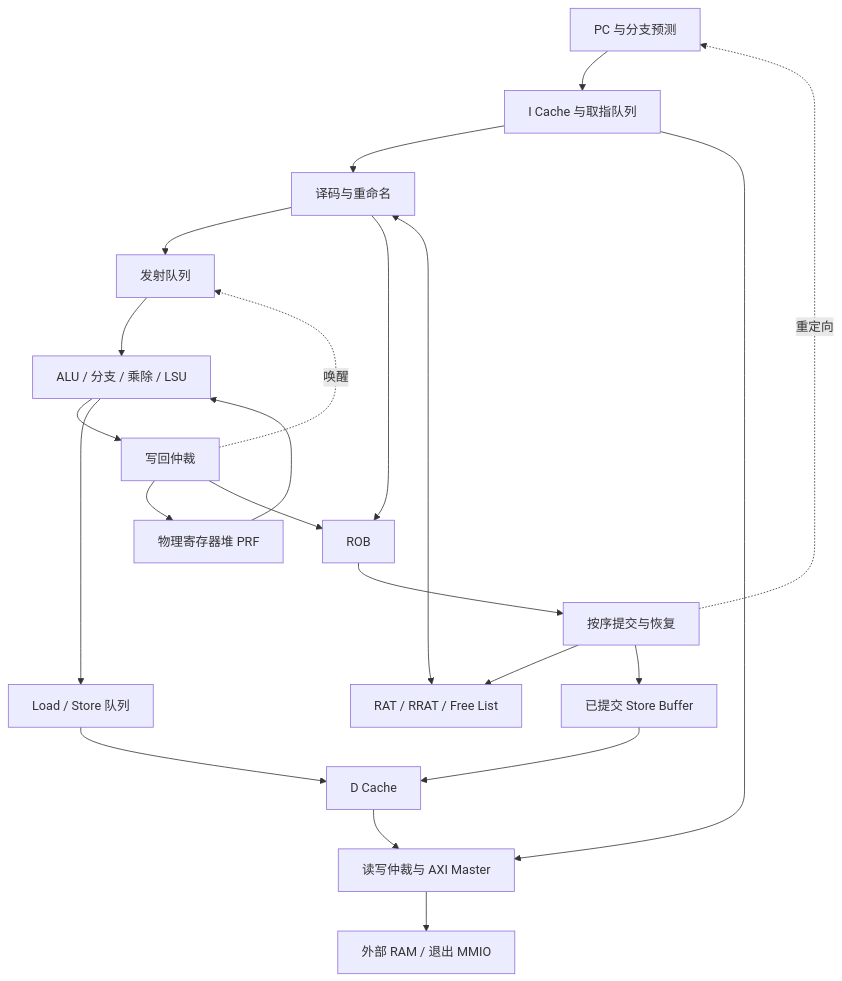
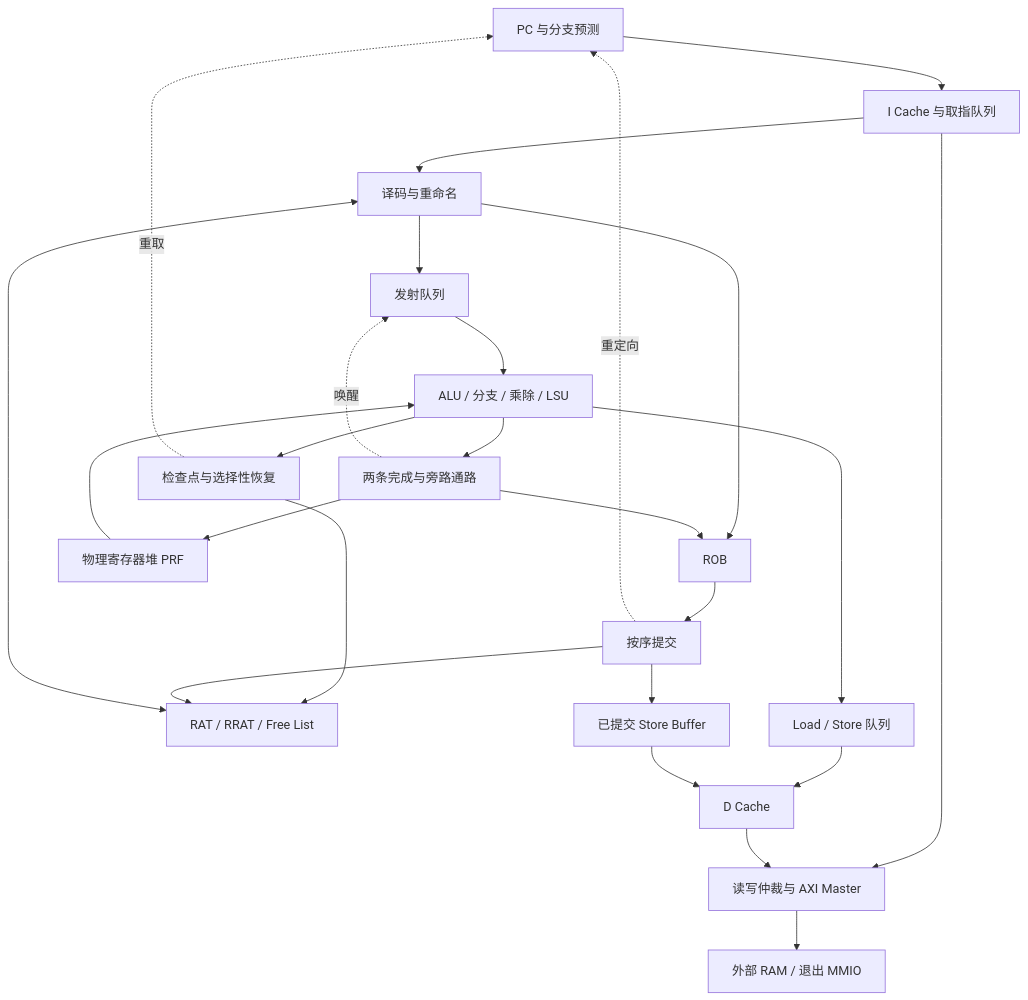
One commit to GIFBMP/RISC-V-CPU-2026 changed the diagram in docs/arch.md. Above: the diagram before and after it, drawn with Mermaid. The commit also changed other lines of this file and 32 other files, not shown here.

````diff
--- a/docs/arch.md
+++ b/docs/arch.md
@@ -75,24 +77,27 @@
 ```mermaid
 flowchart TD
     PC["PC 与分支预测"] --> IC["I Cache 与取指队列"]
     IC --> DEC["译码与重命名"]
     MAP["RAT / RRAT / Free List"] <--> DEC
     DEC --> IQ["发射队列"]
     DEC --> ROB["ROB"]
     PRF["物理寄存器堆 PRF"] --> EX["ALU / 分支 / 乘除 / LSU"]
     IQ --> EX
-    EX --> WB["写回仲裁"]
+    EX --> WB["两条完成与旁路通路"]
+    EX --> REC["检查点与选择性恢复"]
+    REC --> MAP
+    REC -. "重取" .-> PC
     WB --> PRF
     WB --> ROB
     WB -. "唤醒" .-> IQ
-    ROB --> COMMIT["按序提交与恢复"]
+    ROB --> COMMIT["按序提交"]
     COMMIT --> MAP
     COMMIT -. "重定向" .-> PC
     EX --> LSQ["Load / Store 队列"]
     COMMIT --> SB["已提交 Store Buffer"]
     LSQ --> DC["D Cache"]
     SB --> DC
     IC --> AXI["读写仲裁与 AXI Master"]
     DC --> AXI
     AXI --> MEM["外部 RAM / 退出 MMIO"]
 ```
````
